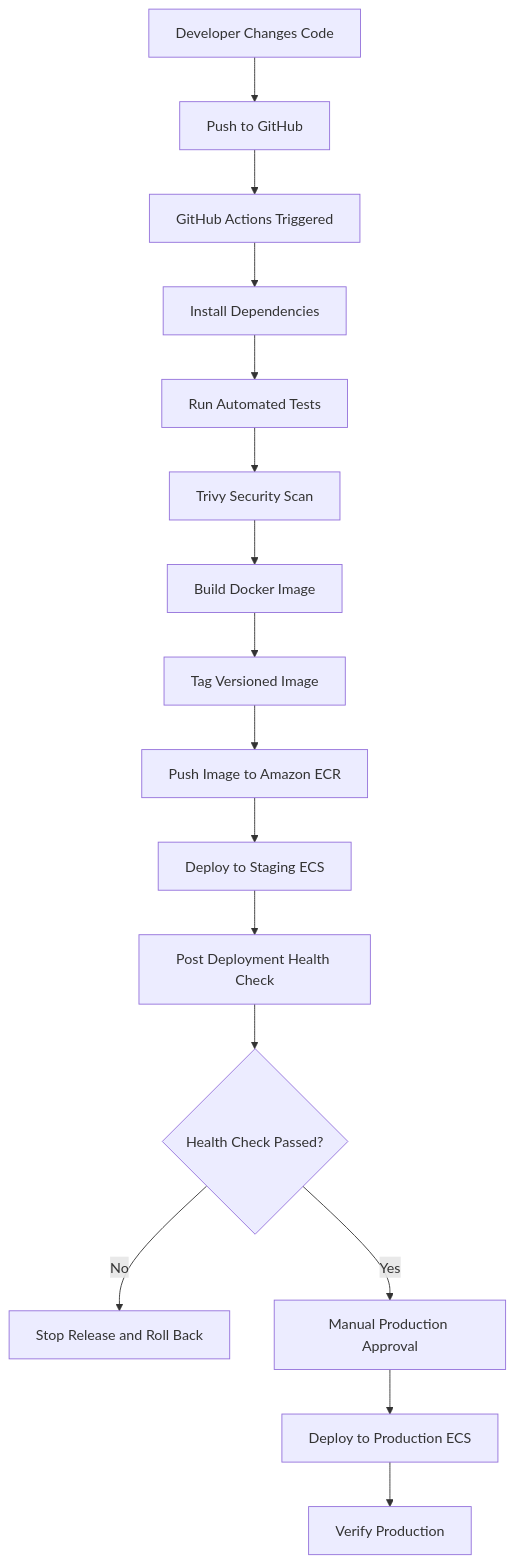
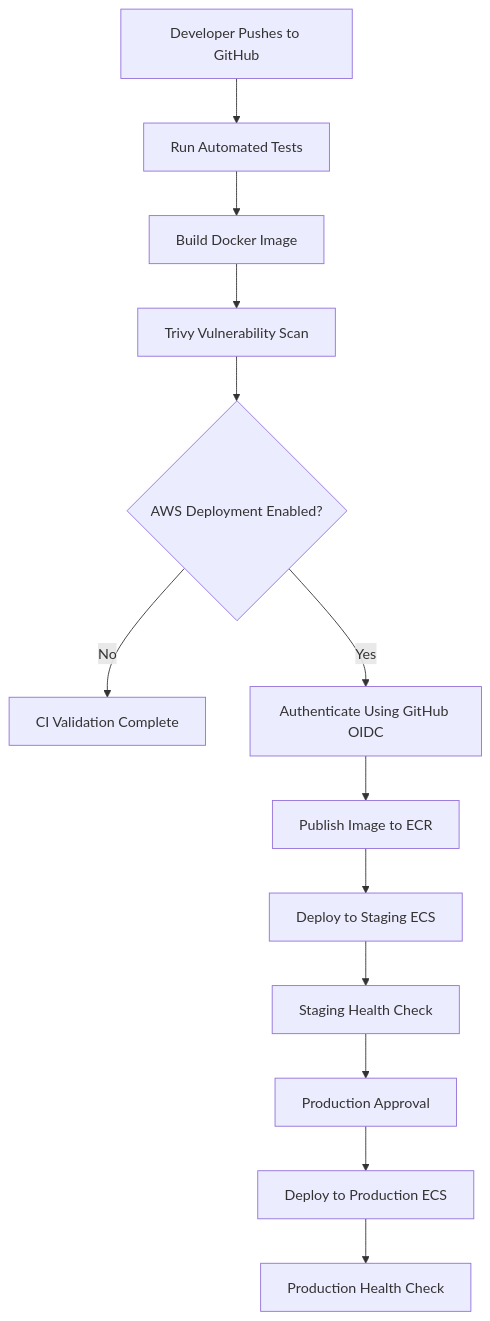
The third of 5 diagrams in README.md (shiwanshu97/cloud-native-sessions-api), drawn with Mermaid before and after one commit. The commit also changed other lines of this file and 14 other files, not shown here.

````diff
--- a/README.md
+++ b/README.md
@@ -621,18 +888,15 @@
 ```mermaid
 flowchart TD
-    A["Developer Changes Code"] --> B["Push to GitHub"]
-    B --> C["GitHub Actions Triggered"]
-    C --> D["Install Dependencies"]
-    D --> E["Run Automated Tests"]
-    E --> F["Trivy Security Scan"]
-    F --> G["Build Docker Image"]
-    G --> H["Tag Versioned Image"]
-    H --> I["Push Image to Amazon ECR"]
-    I --> J["Deploy to Staging ECS"]
-    J --> K["Post Deployment Health Check"]
-    K --> L{"Health Check Passed?"}
-    L -->|No| M["Stop Release and Roll Back"]
-    L -->|Yes| N["Manual Production Approval"]
-    N --> O["Deploy to Production ECS"]
-    O --> P["Verify Production"]
+    A["Developer Pushes to GitHub"] --> B["Run Automated Tests"]
+    B --> C["Build Docker Image"]
+    C --> D["Trivy Vulnerability Scan"]
+    D --> E{"AWS Deployment Enabled?"}
+    E -->|No| F["CI Validation Complete"]
+    E -->|Yes| G["Authenticate Using GitHub OIDC"]
+    G --> H["Publish Image to ECR"]
+    H --> I["Deploy to Staging ECS"]
+    I --> J["Staging Health Check"]
+    J --> K["Production Approval"]
+    K --> L["Deploy to Production ECS"]
+    L --> M["Production Health Check"]
 ```
````
